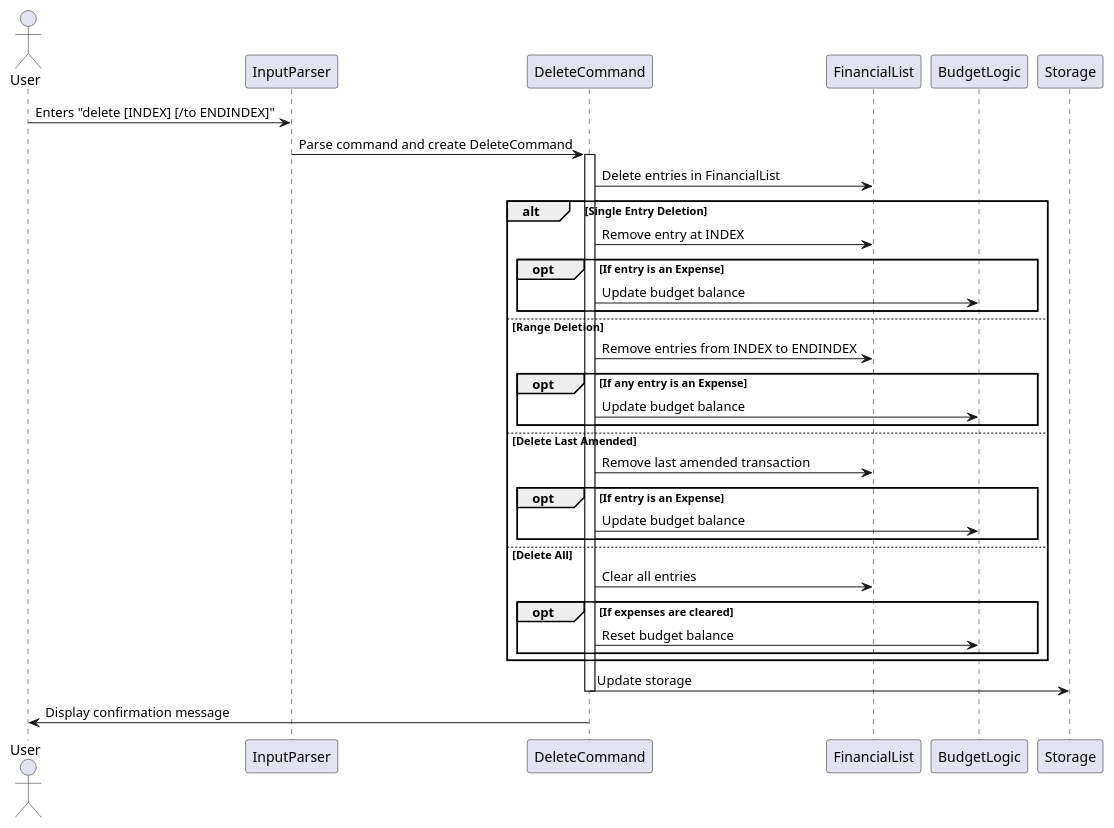
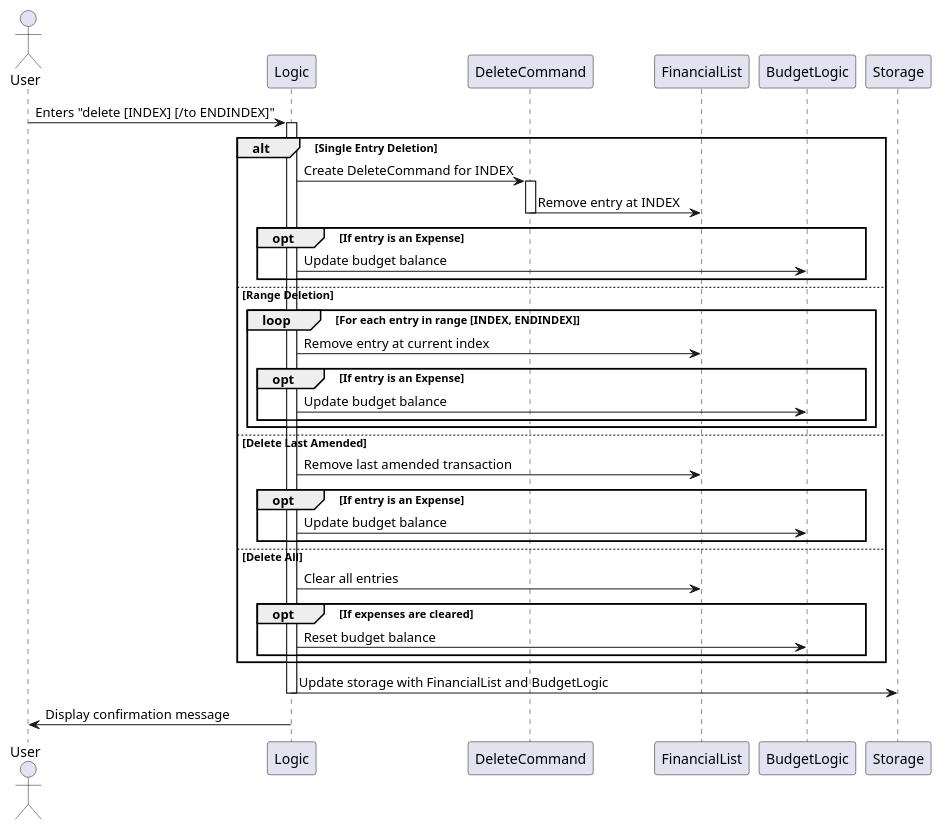
The diagram in docs/UML/DeleteCommandSequenceDiagram.puml (nus-cs2113-AY2425S1/tp), drawn with PlantUML before and after one commit. The commit also changed 1 other file, not shown here.

Commit message:
Update add transaction

```diff
--- a/docs/UML/DeleteCommandSequenceDiagram.puml
+++ b/docs/UML/DeleteCommandSequenceDiagram.puml
@@ -1,37 +1,42 @@
 @startuml
 actor User
-participant "InputParser" as IP
+participant "Logic" as L
 participant "DeleteCommand" as DC
 participant "FinancialList" as FL
 participant "BudgetLogic" as B
 participant "Storage" as ST
 
-User -> IP: Enters "delete [INDEX] [/to ENDINDEX]"
-IP -> DC: Parse command and create DeleteCommand
-activate DC
-DC -> FL: Delete entries in FinancialList
+User -> L: Enters "delete [INDEX] [/to ENDINDEX]"
+activate L
+
 alt Single Entry Deletion
+    L -> DC: Create DeleteCommand for INDEX
+    activate DC
     DC -> FL: Remove entry at INDEX
+    deactivate DC
     opt If entry is an Expense
-        DC -> B: Update budget balance
+        L -> B: Update budget balance
     end
 else Range Deletion
-    DC -> FL: Remove entries from INDEX to ENDINDEX
-    opt If any entry is an Expense
-        DC -> B: Update budget balance
+    loop For each entry in range [INDEX, ENDINDEX]
+        L -> FL: Remove entry at current index
+        opt If entry is an Expense
+            L -> B: Update budget balance
+        end
     end
 else Delete Last Amended
-    DC -> FL: Remove last amended transaction
+    L -> FL: Remove last amended transaction
     opt If entry is an Expense
-        DC -> B: Update budget balance
+        L -> B: Update budget balance
     end
 else Delete All
-    DC -> FL: Clear all entries
+    L -> FL: Clear all entries
     opt If expenses are cleared
-        DC -> B: Reset budget balance
+        L -> B: Reset budget balance
     end
 end
-DC -> ST: Update storage
-deactivate DC
-User <- DC: Display confirmation message
+
+L -> ST: Update storage with FinancialList and BudgetLogic
+deactivate L
+User <- L: Display confirmation message
 @enduml
```
